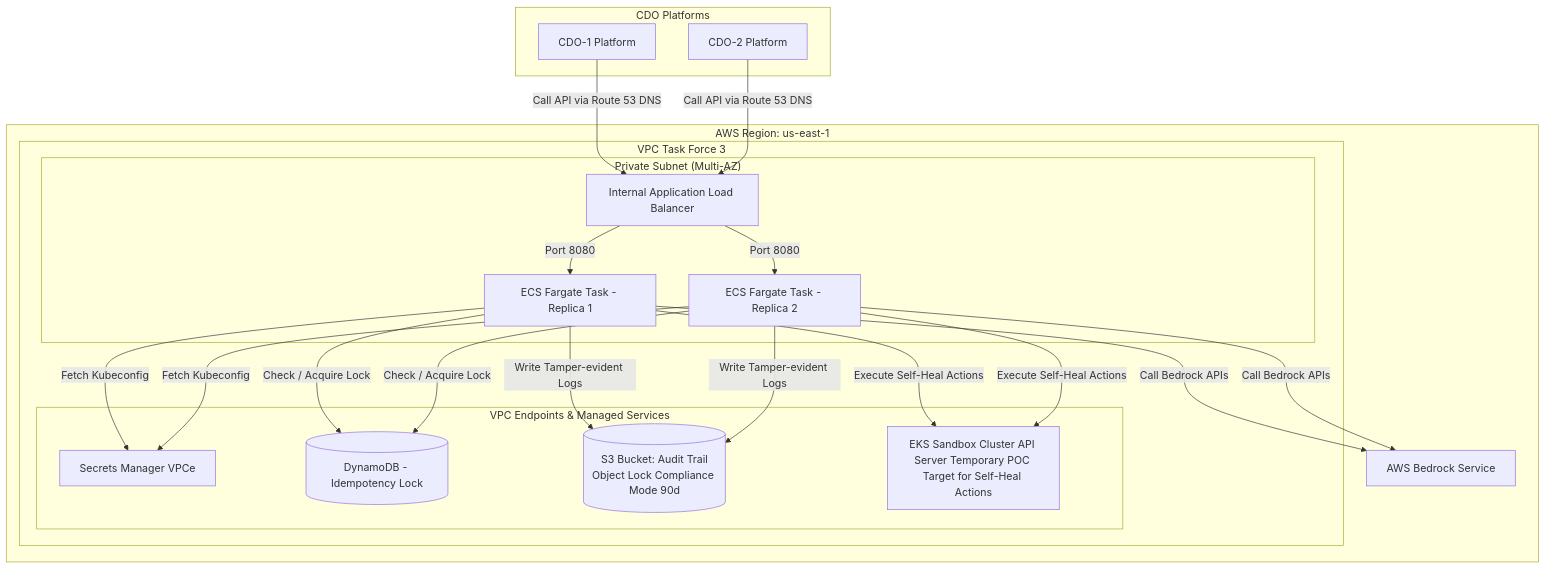
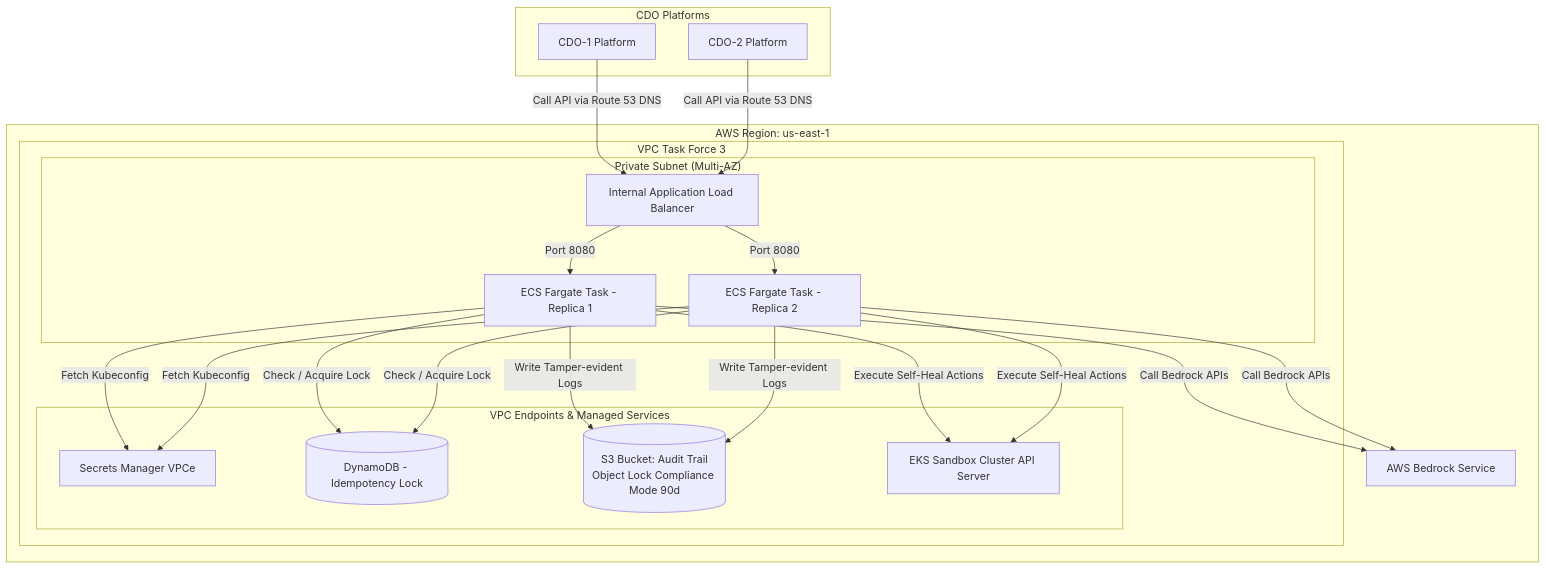
The diagram in tf-3/ai/contracts/deployment-contract.md (AIops-g4/Capstone-Phase-2-Code), drawn with Mermaid before and after one commit. The commit also changed other lines of this file and 7 other files, not shown here.

````diff
--- a/tf-3/ai/contracts/deployment-contract.md
+++ b/tf-3/ai/contracts/deployment-contract.md
@@ -213,36 +280,36 @@
 ```mermaid
 graph TB
     subgraph "AWS Region: us-east-1"
         subgraph "VPC Task Force 3"
             subgraph "Private Subnet (Multi-AZ)"
                 ALB[Internal Application Load Balancer]
                 ECS1[ECS Fargate Task - Replica 1]
                 ECS2[ECS Fargate Task - Replica 2]
                 ALB -->|Port 8080| ECS1
                 ALB -->|Port 8080| ECS2
             end
             
             subgraph "VPC Endpoints & Managed Services"
                 SM[Secrets Manager VPCe]
                 DDB[(DynamoDB - Idempotency Lock)]
                 S3[(S3 Bucket: Audit Trail<br>Object Lock Compliance Mode 90d)]
-                EKS_API[EKS Sandbox Cluster API Server Temporary POC Target for Self-Heal Actions]
+                EKS_API[EKS Sandbox Cluster API Server]
             end
             
             ECS1 & ECS2 -->|Fetch Kubeconfig| SM
             ECS1 & ECS2 -->|Check / Acquire Lock| DDB
             ECS1 & ECS2 -->|Write Tamper-evident Logs| S3
             ECS1 & ECS2 -->|Execute Self-Heal Actions| EKS_API
         end
         
         Bedrock[AWS Bedrock Service]
         ECS1 & ECS2 -->|Call Bedrock APIs| Bedrock
     end
 
     subgraph "CDO Platforms"
         CDO1[CDO-1 Platform]
         CDO2[CDO-2 Platform]
     end
 
     CDO1 & CDO2 -->|Call API via Route 53 DNS| ALB
 ```
````
